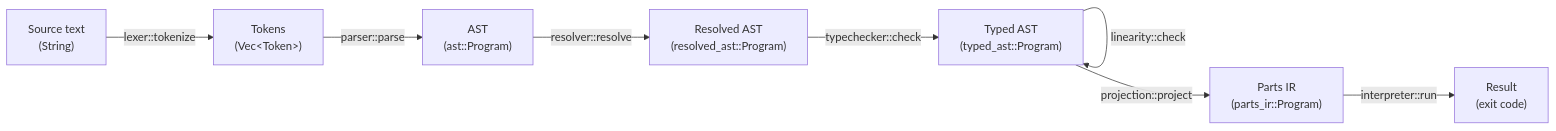
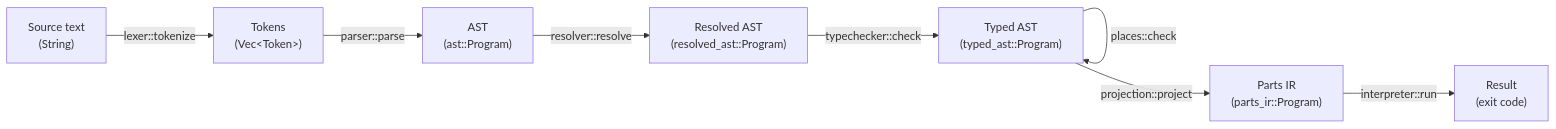
The first of 2 diagrams in docs/architecture.md (damienBloch/qlc), drawn with Mermaid before and after one commit. The commit also changed other lines of this file and 6 other files, not shown here.

Commit message:
Add place checker and update architecture to support function execution on multiple places

````diff
--- a/docs/architecture.md
+++ b/docs/architecture.md
@@ -12,18 +12,19 @@
 ```mermaid
 flowchart LR
     source["Source text<br/>(String)"]
     tokens["Tokens<br/>(Vec&lt;Token&gt;)"]
     ast["AST<br/>(ast::Program)"]
     rast["Resolved AST<br/>(resolved_ast::Program)"]
     tast["Typed AST<br/>(typed_ast::Program)"]
     parts["Parts IR<br/>(parts_ir::Program)"]
     result["Result<br/>(exit code)"]
 
     source -- "lexer::tokenize" --> tokens
     tokens -- "parser::parse" --> ast
     ast -- "resolver::resolve" --> rast
     rast -- "typechecker::check" --> tast
     tast -- "linearity::check" --> tast
+    tast -- "places::check" --> tast
     tast -- "projection::project" --> parts
     parts -- "interpreter::run" --> result
 ```
````
